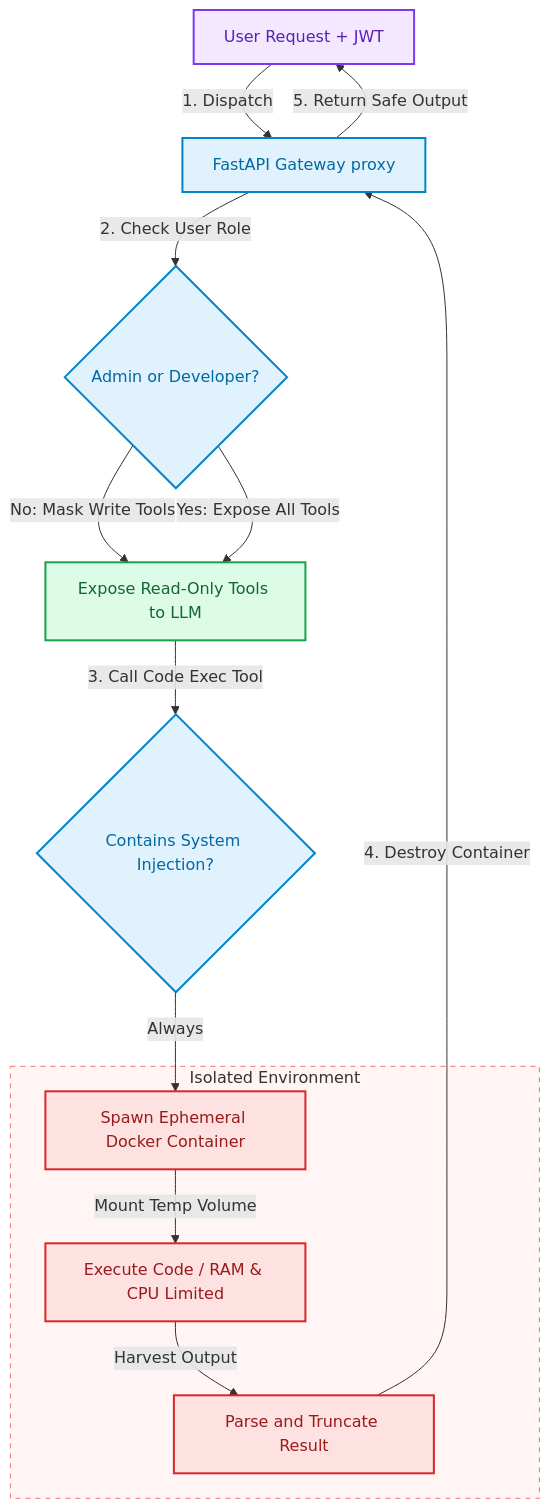
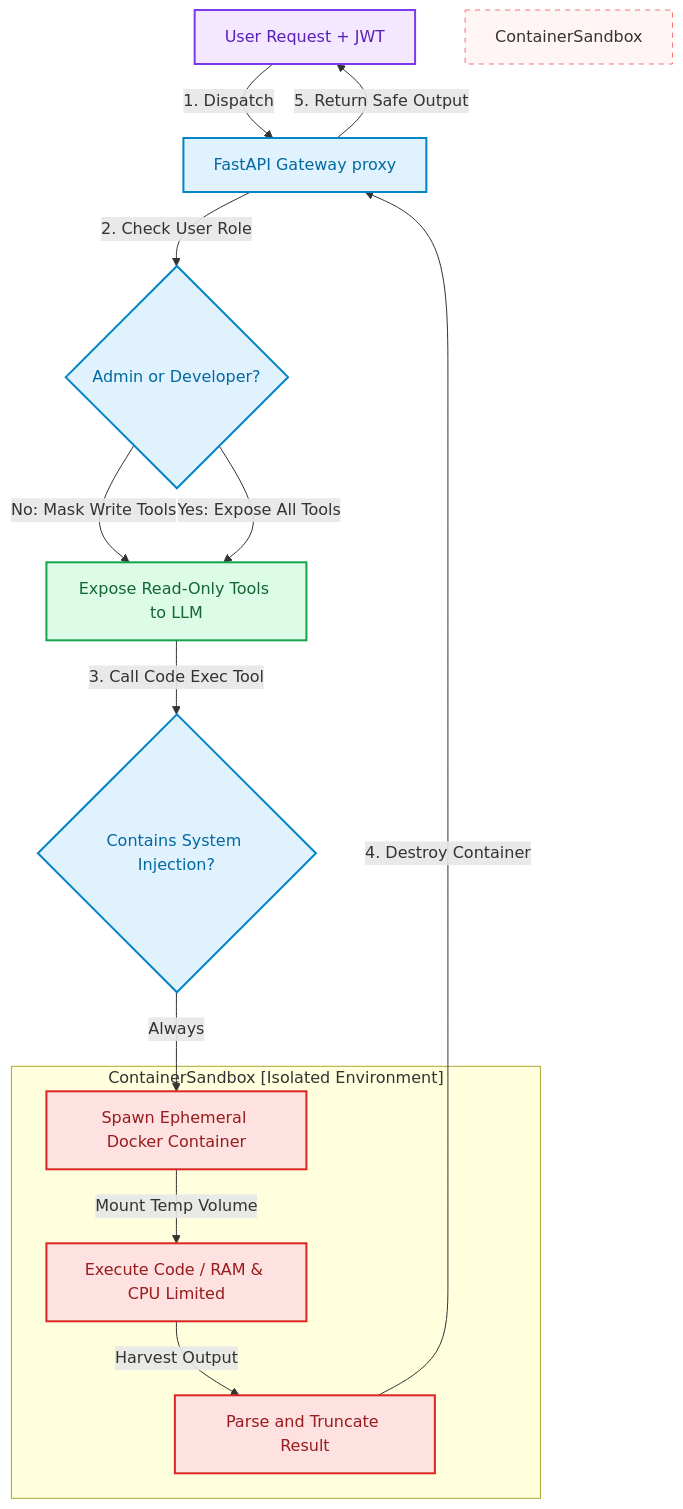
One commit to akmalkhaniub/akmalkhaniub.github.io changed the diagram in blog/posts/context-engineering-ephemeral-sandboxing.md. Above: the diagram before and after it, drawn with Mermaid. The commit also changed 600 other files, not shown here.

Commit message:
fix(blog): resolve Mermaid v10 syntax errors across Figure 1 and publication subgraphs

````diff
--- a/blog/posts/context-engineering-ephemeral-sandboxing.md
+++ b/blog/posts/context-engineering-ephemeral-sandboxing.md
@@ -24,31 +24,31 @@
 ```mermaid
 graph TD
     classDef start fill:#f3e8ff,stroke:#7c3aed,stroke-width:2px,color:#5b21b6;
     classDef gate fill:#e0f2fe,stroke:#0284c7,stroke-width:2px,color:#0369a1;
     classDef sandbox fill:#fee2e2,stroke:#dc2626,stroke-width:2px,color:#991b1b;
     classDef secure fill:#dcfce7,stroke:#16a34a,stroke-width:2px,color:#166534;
 
     User[User Request + JWT] -->|1. Dispatch| Gateway[FastAPI Gateway proxy]
     Gateway -->|2. Check User Role| RoleFilter{Admin or Developer?}
     
     RoleFilter -->|No: Mask Write Tools| AgentPrompt[Expose Read-Only Tools to LLM]
     RoleFilter -->|Yes: Expose All Tools| AgentPrompt
     
     AgentPrompt -->|3. Call Code Exec Tool| CodeCheck{Contains System Injection?}
     CodeCheck -->|Always| DockerLaunch[Spawn Ephemeral Docker Container]
     
-    subgraph ContainerSandbox [Isolated Environment]
+    subgraph SG1_ContainersandboxIsolatedEnvironment ["ContainerSandbox [Isolated Environment]"]
         DockerLaunch -->|Mount Temp Volume| RunScript[Execute Code / RAM & CPU Limited]
         RunScript -->|Harvest Output| OutputCheck[Parse and Truncate Result]
     end
     
     OutputCheck -->|4. Destroy Container| Gateway
     Gateway -->|5. Return Safe Output| User
 
     class User start;
     class Gateway,RoleFilter,CodeCheck gate;
     class DockerLaunch,RunScript,OutputCheck sandbox;
     class AgentPrompt secure;
     
     style ContainerSandbox fill:#fff5f5,stroke:#f87171,stroke-width:1px,stroke-dasharray: 5 5
 ```
````
